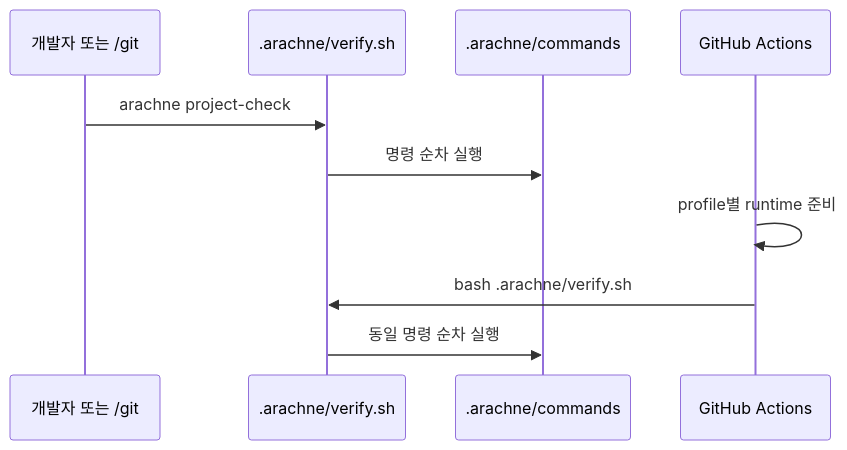
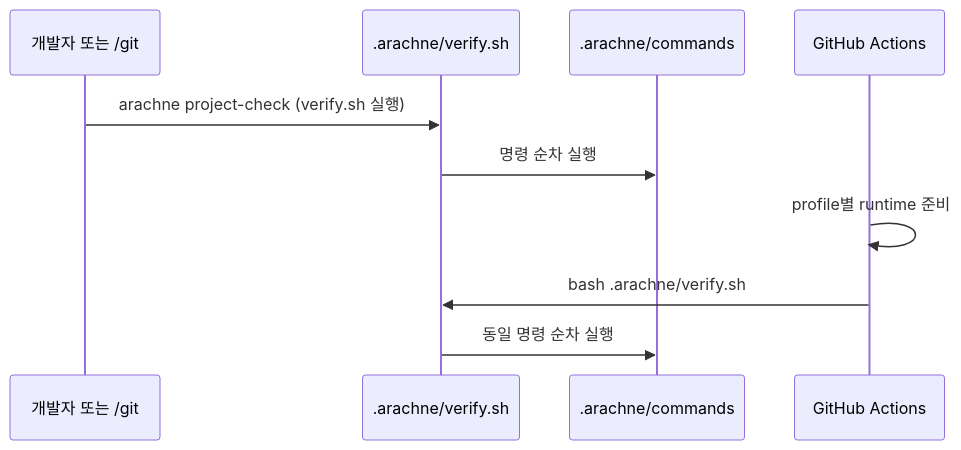
One commit to jomarusoup/Arachne changed the diagram in docs/PROJECT-CI.md. Above: the diagram before and after it, drawn with Mermaid. The commit also changed other lines of this file and 18 other files, not shown here.

````diff
--- a/docs/PROJECT-CI.md
+++ b/docs/PROJECT-CI.md
@@ -34,13 +42,13 @@
 ```mermaid
 sequenceDiagram
     participant Dev as 개발자 또는 /git
     participant Runner as .arachne/verify.sh
     participant Cmd as .arachne/commands
     participant GH as GitHub Actions
 
-    Dev->>Runner: arachne project-check
+    Dev->>Runner: arachne project-check (verify.sh 실행)
     Runner->>Cmd: 명령 순차 실행
     GH->>GH: profile별 runtime 준비
     GH->>Runner: bash .arachne/verify.sh
     Runner->>Cmd: 동일 명령 순차 실행
 ```
````
